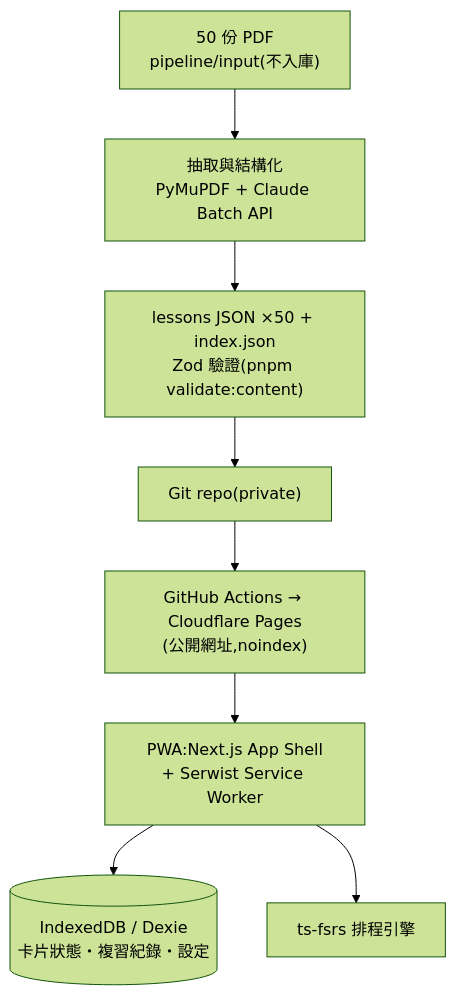
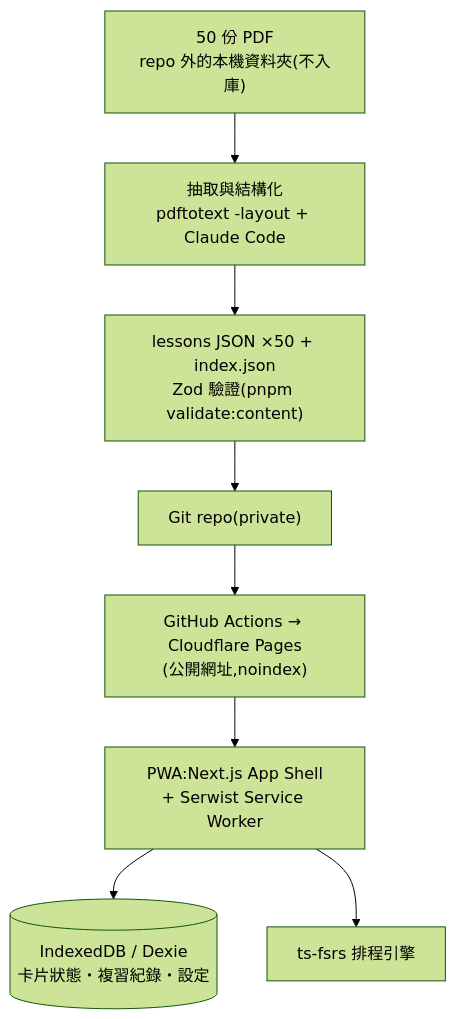
The diagram in docs/ARCHITECTURE.md (sychen6192/minna-pwa), drawn with Mermaid (forest theme) before and after one commit. The commit also changed other lines of this file and 4 other files, not shown here.

````diff
--- a/docs/ARCHITECTURE.md
+++ b/docs/ARCHITECTURE.md
@@ -5,10 +5,10 @@
 ```mermaid
 flowchart TD
-  A["50 份 PDF<br/>pipeline/input(不入庫)"] --> B["抽取與結構化<br/>PyMuPDF + Claude Batch API"]
+  A["50 份 PDF<br/>repo 外的本機資料夾(不入庫)"] --> B["抽取與結構化<br/>pdftotext -layout + Claude Code"]
   B --> C["lessons JSON ×50 + index.json<br/>Zod 驗證(pnpm validate:content)"]
   C --> D["Git repo(private)"]
   D --> E["GitHub Actions → Cloudflare Pages<br/>(公開網址,noindex)"]
   E --> F["PWA:Next.js App Shell<br/>+ Serwist Service Worker"]
   F --> G[("IndexedDB / Dexie<br/>卡片狀態・複習紀錄・設定")]
   F --> H["ts-fsrs 排程引擎"]
 ```
````
